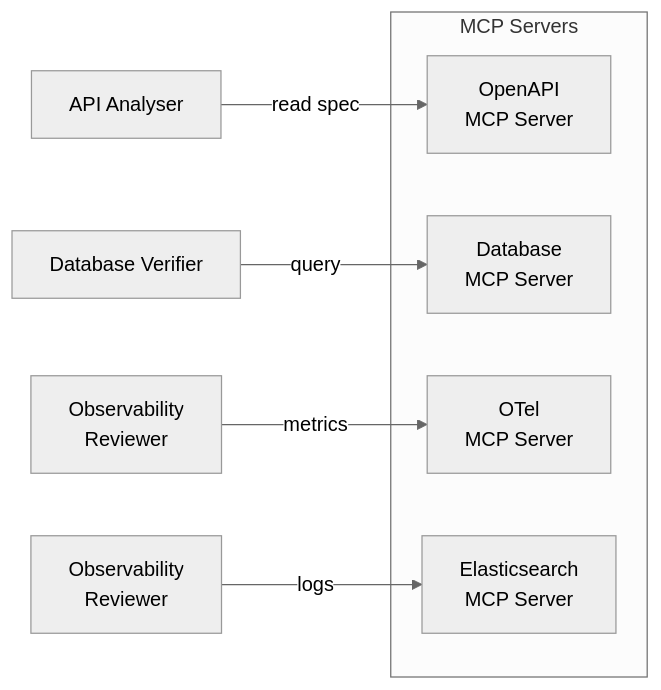
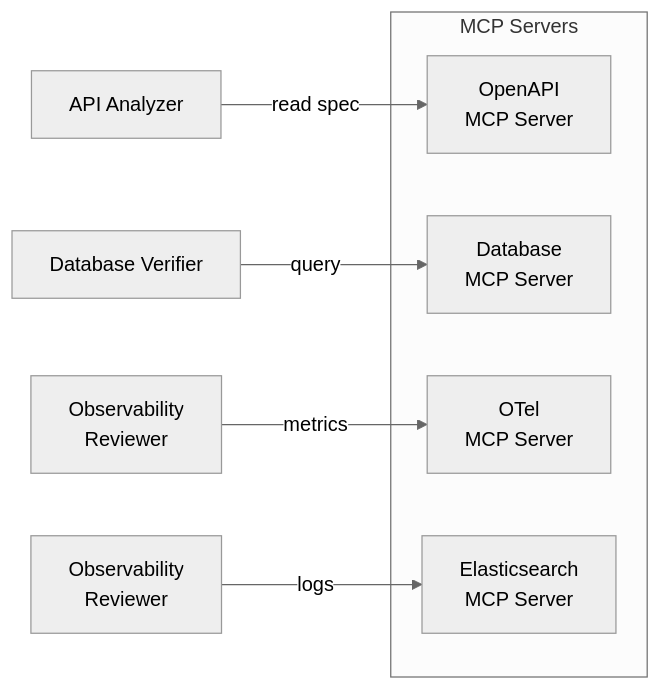
One commit to aydabd/k6-performance-tests changed the fourth of 5 diagrams in docs/plans/wp-12-ai-agent-test-automation.md. Above: the diagram before and after it, drawn with Mermaid (neutral theme). The commit also changed other lines of this file, not shown here.

Commit message:
docs: use American English spelling (Analyzer) in WP-12 plan

````diff
--- a/docs/plans/wp-12-ai-agent-test-automation.md
+++ b/docs/plans/wp-12-ai-agent-test-automation.md
@@ -202,14 +202,14 @@
 ```mermaid
 flowchart LR
     subgraph MCP Servers
         MCP_OA[OpenAPI<br/>MCP Server]
         MCP_DB[Database<br/>MCP Server]
         MCP_OTEL[OTel<br/>MCP Server]
         MCP_ES[Elasticsearch<br/>MCP Server]
     end
 
-    AA[API Analyser] -->|read spec| MCP_OA
+    AA[API Analyzer] -->|read spec| MCP_OA
     DV[Database Verifier] -->|query| MCP_DB
     OR_OTEL[Observability<br/>Reviewer] -->|metrics| MCP_OTEL
     OR_ES[Observability<br/>Reviewer] -->|logs| MCP_ES
 ```
````
